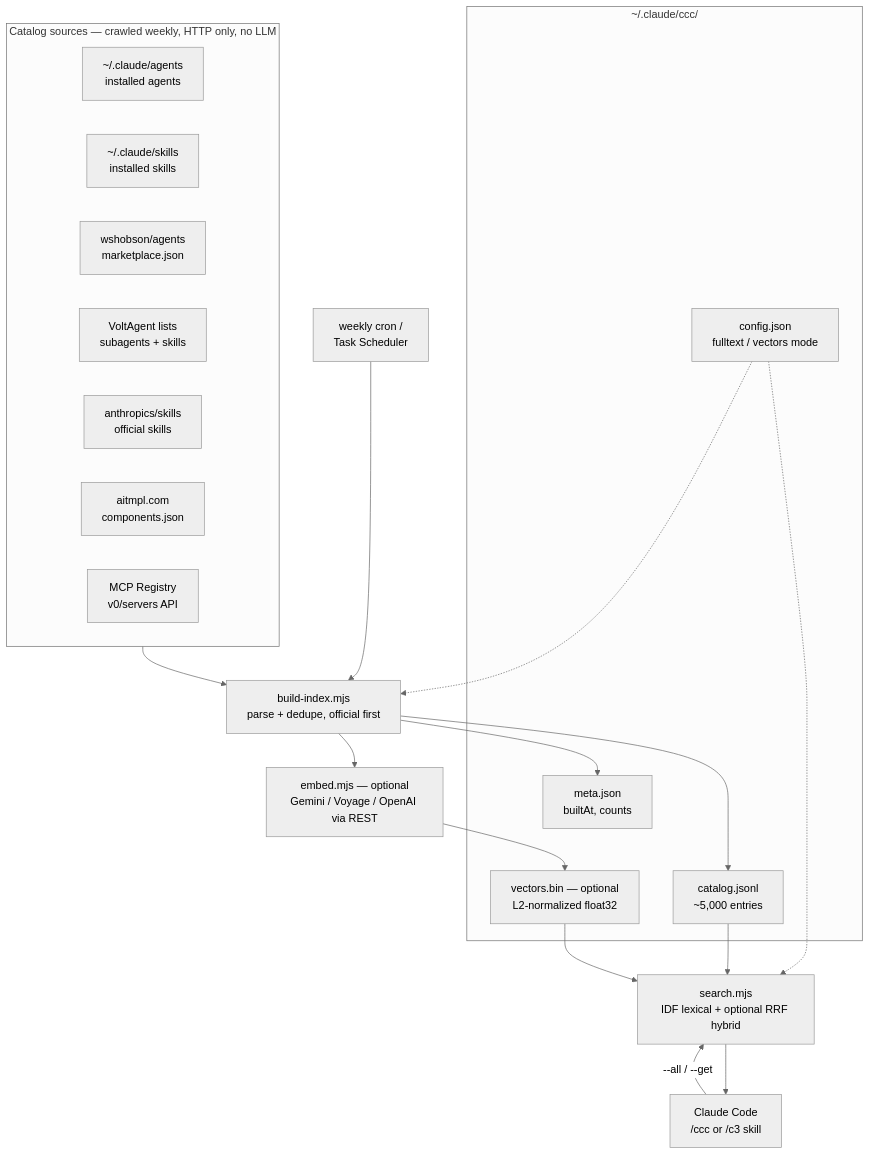
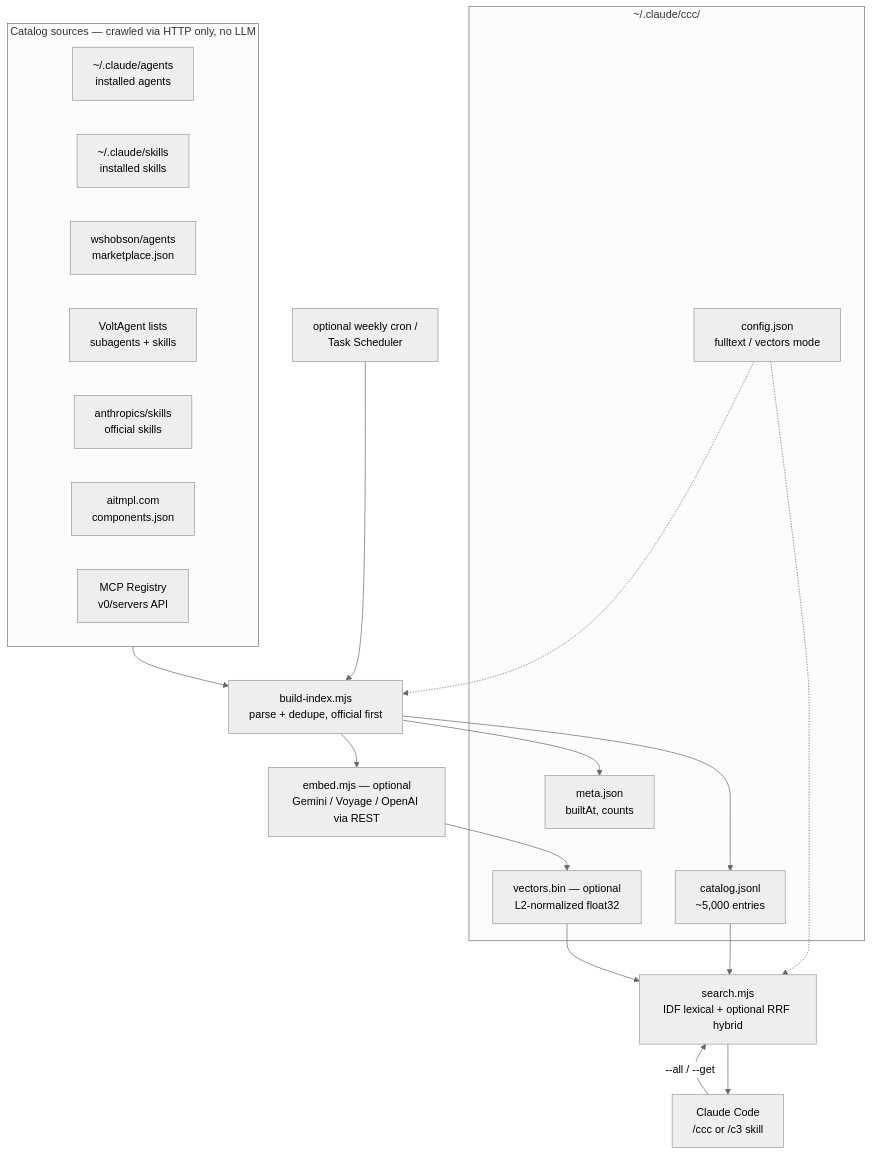
Before and after one commit to happygoluckydev/c3: the first of 2 diagrams in README.md, drawn with Mermaid (neutral theme). The commit also changed other lines of this file, not shown here.

Commit message:
docs: align README with catalog freshness and recommendation policy

````diff
--- a/README.md
+++ b/README.md
@@ -31,37 +31,37 @@
 ```mermaid
 flowchart TB
-    subgraph sources["Catalog sources — crawled weekly, HTTP only, no LLM"]
+    subgraph sources["Catalog sources — crawled via HTTP only, no LLM"]
         A1["~/.claude/agents<br/>installed agents"]
         A2["~/.claude/skills<br/>installed skills"]
         B1["wshobson/agents<br/>marketplace.json"]
         B2["VoltAgent lists<br/>subagents + skills"]
         B3["anthropics/skills<br/>official skills"]
         B4["aitmpl.com<br/>components.json"]
         B5["MCP Registry<br/>v0/servers API"]
     end
 
-    CRON["weekly cron /<br/>Task Scheduler"] --> BUILD
+    CRON["optional weekly cron /<br/>Task Scheduler"] --> BUILD
     BUILD["build-index.mjs<br/>parse + dedupe, official first"]
     EMB["embed.mjs — optional<br/>Gemini / Voyage / OpenAI via REST"]
 
     subgraph store["~/.claude/ccc/"]
         CFG["config.json<br/>fulltext / vectors mode"]
         CAT["catalog.jsonl<br/>~5,000 entries"]
         VEC["vectors.bin — optional<br/>L2-normalized float32"]
         META["meta.json<br/>builtAt, counts"]
     end
 
     SEARCH["search.mjs<br/>IDF lexical + optional RRF hybrid"]
     CLAUDE["Claude Code<br/>/ccc or /c3 skill"]
 
     sources --> BUILD
     CFG -.-> BUILD
     CFG -.-> SEARCH
     BUILD --> CAT
     BUILD --> META
     BUILD --> EMB --> VEC
     CAT --> SEARCH
     VEC --> SEARCH
     CLAUDE -->|"--all / --get"| SEARCH
     SEARCH --> CLAUDE
 ```
````
